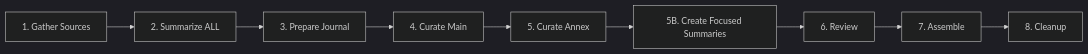
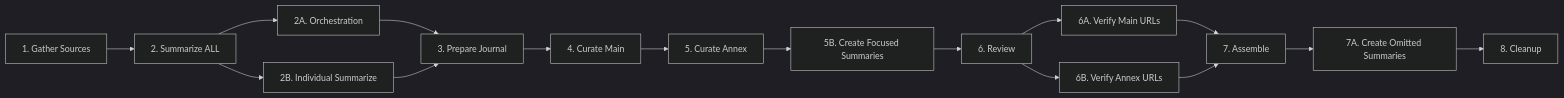
The diagram in README.md (beijaflor/gen-ai-journal), drawn with Mermaid (dark theme) before and after one commit. The commit also changed other lines of this file and 10 other files, not shown here.

````diff
--- a/README.md
+++ b/README.md
@@ -9,11 +9,18 @@
 ```mermaid
 graph LR
     A[1. Gather Sources] --> B[2. Summarize ALL]
-    B --> C[3. Prepare Journal]
+    B --> B1[2A. Orchestration]
+    B --> B2[2B. Individual Summarize]
+    B1 --> C[3. Prepare Journal]
+    B2 --> C
     C --> D[4. Curate Main]
     D --> E[5. Curate Annex]
     E --> F[5B. Create Focused Summaries]
     F --> G[6. Review]
-    G --> H[7. Assemble]
-    H --> I[8. Cleanup]
+    G --> G1[6A. Verify Main URLs]
+    G --> G2[6B. Verify Annex URLs]
+    G1 --> H[7. Assemble]
+    G2 --> H
+    H --> H1[7A. Create Omitted Summaries]
+    H1 --> I[8. Cleanup]
 ```
````
